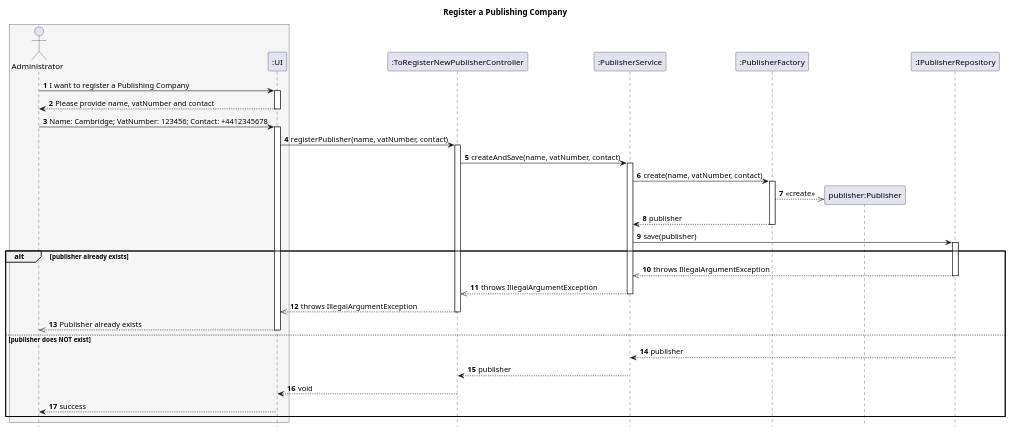
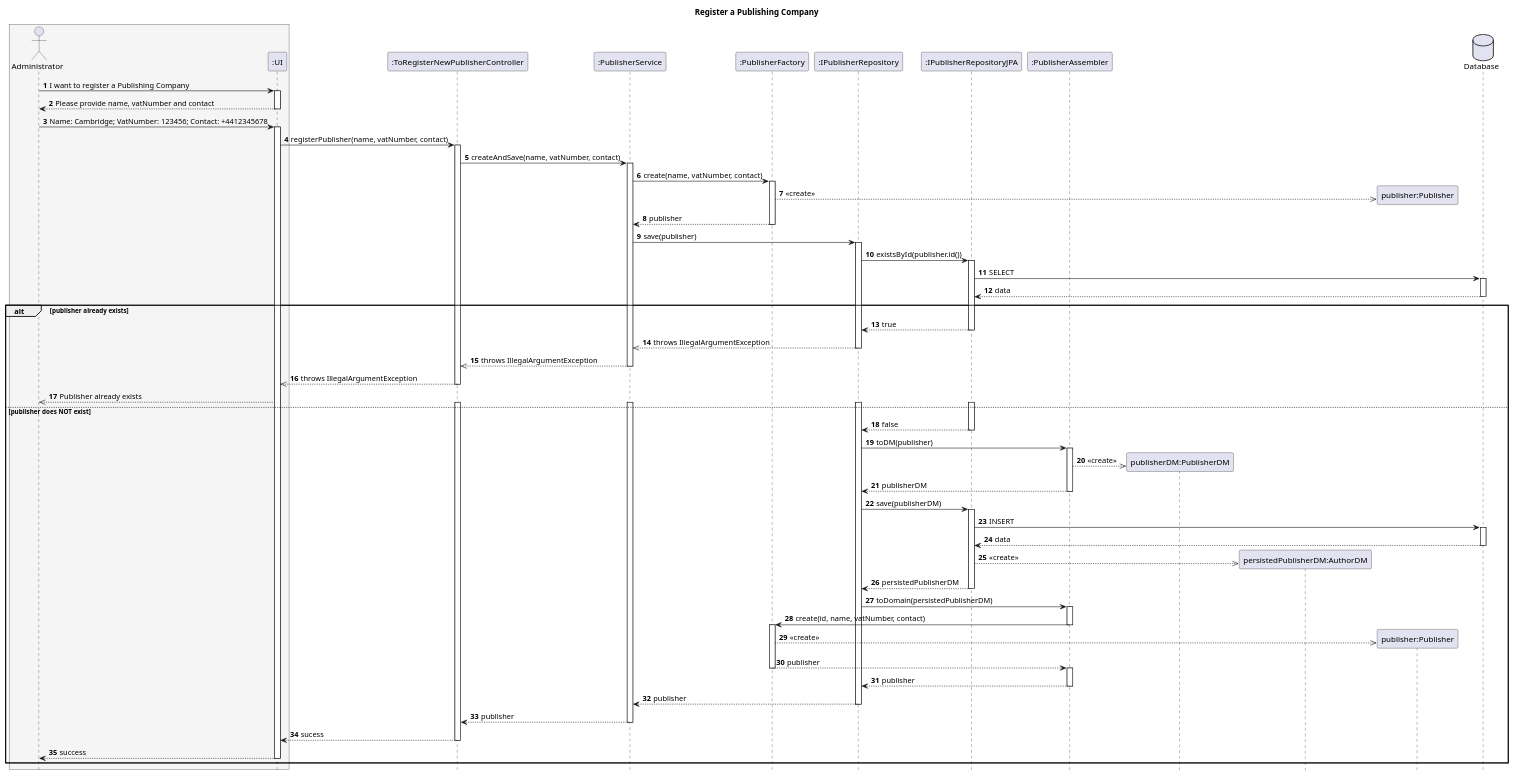
One commit to AndrePereiraGitH/SWitCH-Project-Team_A changed the diagram in Diagrams/SequenceDiagrams/N2/To-register-a-publishing-company-in-the-system.puml. Above: the diagram before and after it, drawn with PlantUML. The commit also changed 1 other file, not shown here.

Commit message:
#750 update Publisher diagrams

```diff
--- a/Diagrams/SequenceDiagrams/N2/To-register-a-publishing-company-in-the-system.puml
+++ b/Diagrams/SequenceDiagrams/N2/To-register-a-publishing-company-in-the-system.puml
@@ -1,58 +1,108 @@
 @startuml
 hide footbox
 autonumber
 title Register a Publishing Company
 
 box #WhiteSmoke
 actor Administrator
 participant ":UI" as UI
 end box
 participant ":ToRegisterNewPublisherController" as Controller
 participant ":PublisherService" as Service
 participant ":PublisherFactory" as Factory
 participant "publisher:Publisher" as Publisher
 participant ":IPublisherRepository" as Repository
+participant ":IPublisherRepositoryJPA" as RepositoryJPA
+participant ":PublisherAssembler" as Assembler
+participant "publisherDM:PublisherDM" as PublisherDM
+participant "persistedPublisherDM:AuthorDM" as persPublisherDM
+participant "publisher:Publisher" as Publisher
+database "Database" as DB
 
 Administrator -> UI : I want to register a Publishing Company
 activate UI
 UI --> Administrator : Please provide name, vatNumber and contact
 deactivate UI
 
 Administrator -> UI : Name: Cambridge; VatNumber: 123456; Contact: +4412345678
 activate UI
 UI -> Controller : registerPublisher(name, vatNumber, contact)
 activate Controller
 
 Controller -> Service : createAndSave(name, vatNumber, contact)
 activate Service
 
 Service -> Factory : create(name, vatNumber, contact)
 activate Factory
 Factory -->> Publisher ** : <<create>>
 Factory --> Service : publisher
 deactivate Factory
 
 Service -> Repository : save(publisher)
 activate Repository
 
+Repository -> RepositoryJPA : existsById(publisher.id())
+activate RepositoryJPA
+RepositoryJPA -> DB : SELECT
+activate DB
+DB --> RepositoryJPA : data
+deactivate DB
 alt publisher already exists
+    RepositoryJPA --> Repository : true
+        deactivate RepositoryJPA
     Repository -->> Service : throws IllegalArgumentException
     deactivate Repository
     Service -->> Controller : throws IllegalArgumentException
     deactivate Service
     Controller -->> UI : throws IllegalArgumentException
     deactivate Controller
     UI -->> Administrator : Publisher already exists
-    deactivate UI
+
+
 else publisher does NOT exist
+    activate Repository
+    activate RepositoryJPA
+    activate Service
+    activate Controller
+
+    RepositoryJPA --> Repository : false
+    deactivate RepositoryJPA
+    Repository -> Assembler : toDM(publisher)
+    activate Assembler
+    Assembler -->> PublisherDM ** : <<create>>
+    Assembler --> Repository : publisherDM
+    deactivate Assembler
+
+    Repository -> RepositoryJPA : save(publisherDM)
+    activate RepositoryJPA
+    RepositoryJPA -> DB : INSERT
+    activate DB
+    DB --> RepositoryJPA : data
+    deactivate DB
+    RepositoryJPA -->> persPublisherDM**: <<create>>
+    RepositoryJPA --> Repository : persistedPublisherDM
+    deactivate RepositoryJPA
+
+    Repository -> Assembler : toDomain(persistedPublisherDM)
+    activate Assembler
+    Assembler -> Factory : create(id, name, vatNumber, contact)
+    deactivate Assembler
+    activate Factory
+    Factory -->> Publisher**: <<create>>
+    Factory --> Assembler : publisher
+    deactivate Factory
+    activate Assembler
+    Assembler --> Repository : publisher
+    deactivate Assembler
+
     Repository --> Service : publisher
     deactivate Repository
     Service --> Controller : publisher
     deactivate Service
-    Controller --> UI : void
+    Controller --> UI : sucess
     deactivate Controller
     UI --> Administrator : success
     deactivate UI
 end
 
 @enduml
```
